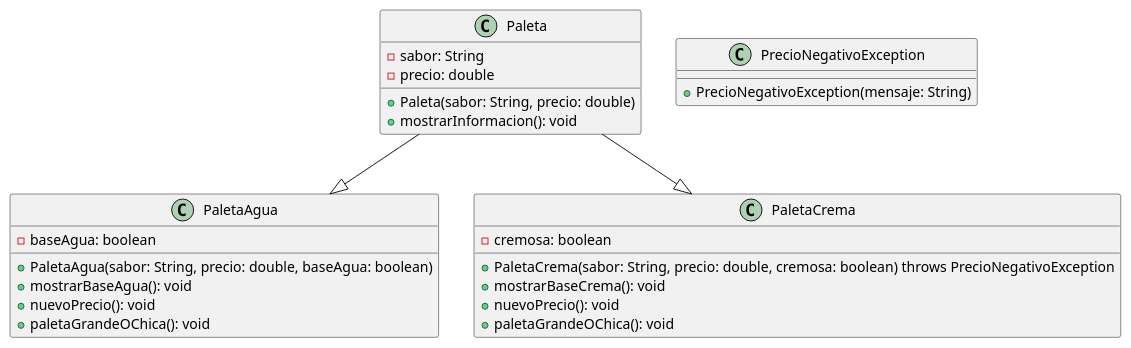
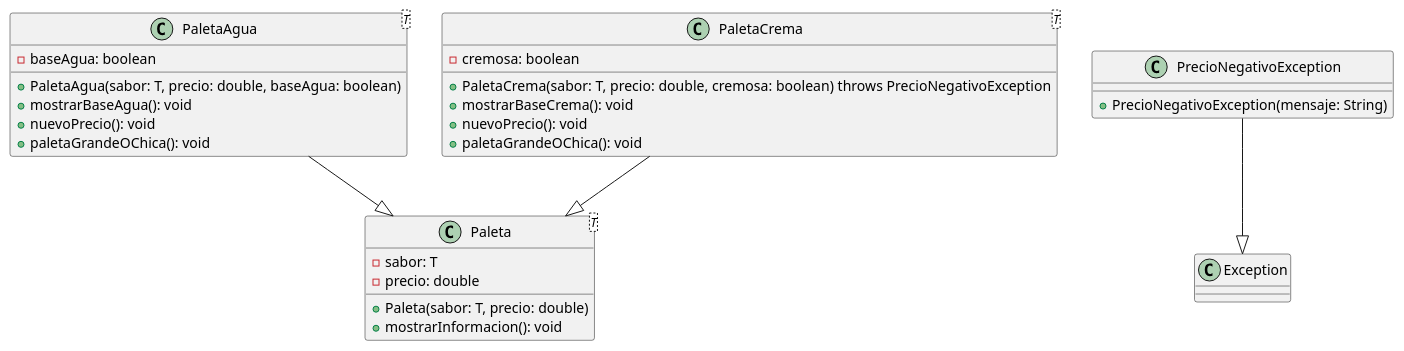
The diagram in Diagrama.wsd (DorianYael1223/EjercicioHerencia3), drawn with PlantUML before and after one commit. The commit also changed 5 other files, not shown here.

```diff
--- a/Diagrama.wsd
+++ b/Diagrama.wsd
@@ -1,33 +1,34 @@
-@startuml oaleta
+@startuml
 
-class Paleta {
-    - sabor: String
-    - precio: double
-    + Paleta(sabor: String, precio: double)
-    + mostrarInformacion(): void
+class Paleta<T> {
+    -sabor: T
+    -precio: double
+    +Paleta(sabor: T, precio: double)
+    +mostrarInformacion(): void
 }
 
-class PaletaAgua {
-    - baseAgua: boolean
-    + PaletaAgua(sabor: String, precio: double, baseAgua: boolean)
-    + mostrarBaseAgua(): void
-    + nuevoPrecio(): void
-    + paletaGrandeOChica(): void
+class PaletaAgua<T> {
+    -baseAgua: boolean
+    +PaletaAgua(sabor: T, precio: double, baseAgua: boolean)
+    +mostrarBaseAgua(): void
+    +nuevoPrecio(): void
+    +paletaGrandeOChica(): void
 }
 
-class PaletaCrema {
-    - cremosa: boolean
-    + PaletaCrema(sabor: String, precio: double, cremosa: boolean) throws PrecioNegativoException
-    + mostrarBaseCrema(): void
-    + nuevoPrecio(): void
-    + paletaGrandeOChica(): void
+class PaletaCrema<T> {
+    -cremosa: boolean
+    +PaletaCrema(sabor: T, precio: double, cremosa: boolean) throws PrecioNegativoException
+    +mostrarBaseCrema(): void
+    +nuevoPrecio(): void
+    +paletaGrandeOChica(): void
 }
 
 class PrecioNegativoException {
-    + PrecioNegativoException(mensaje: String)
+    +PrecioNegativoException(mensaje: String)
 }
 
-Paleta --|> PaletaAgua
-Paleta --|> PaletaCrema
+PaletaAgua --|> Paleta
+PaletaCrema --|> Paleta
+PrecioNegativoException --|> Exception
 
 @enduml
```
